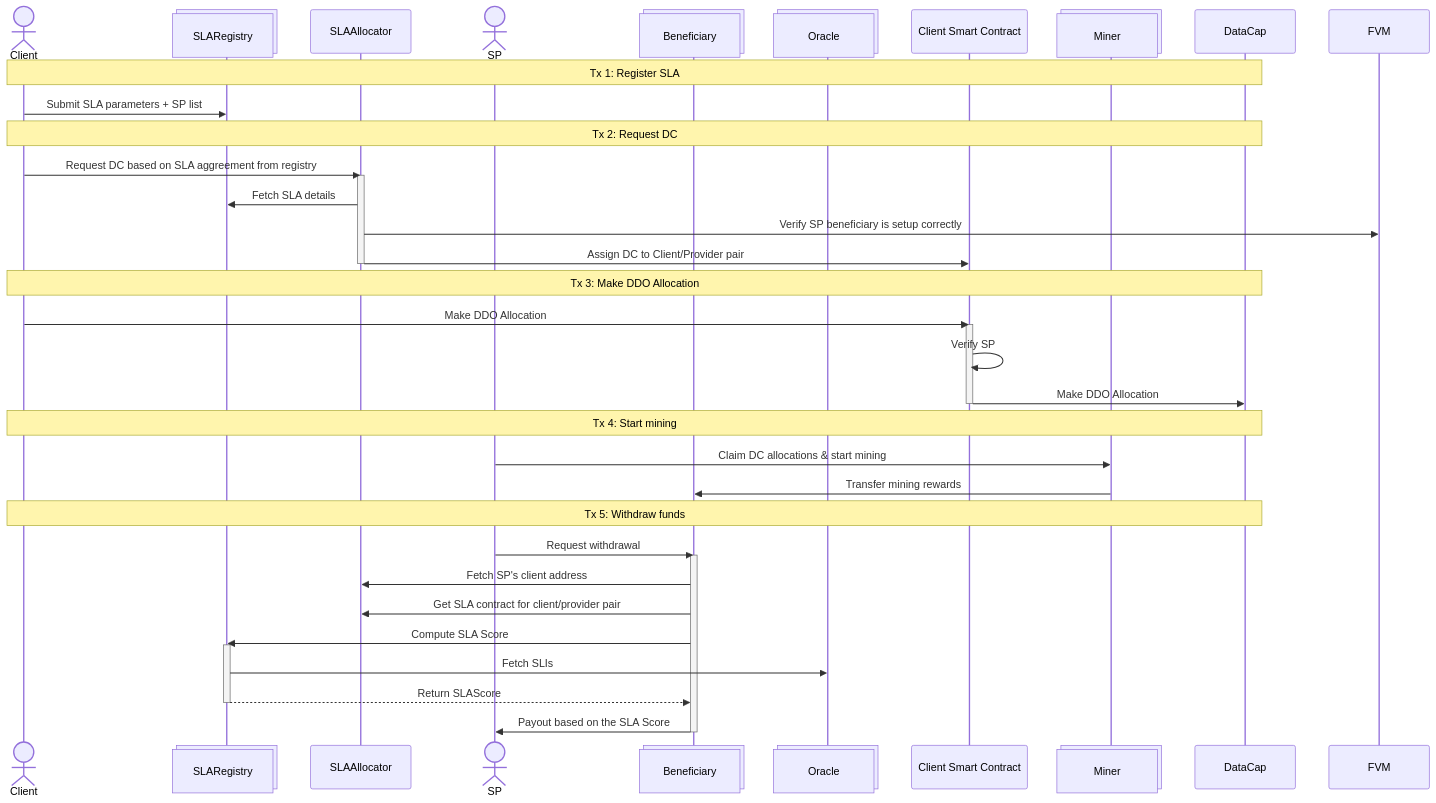
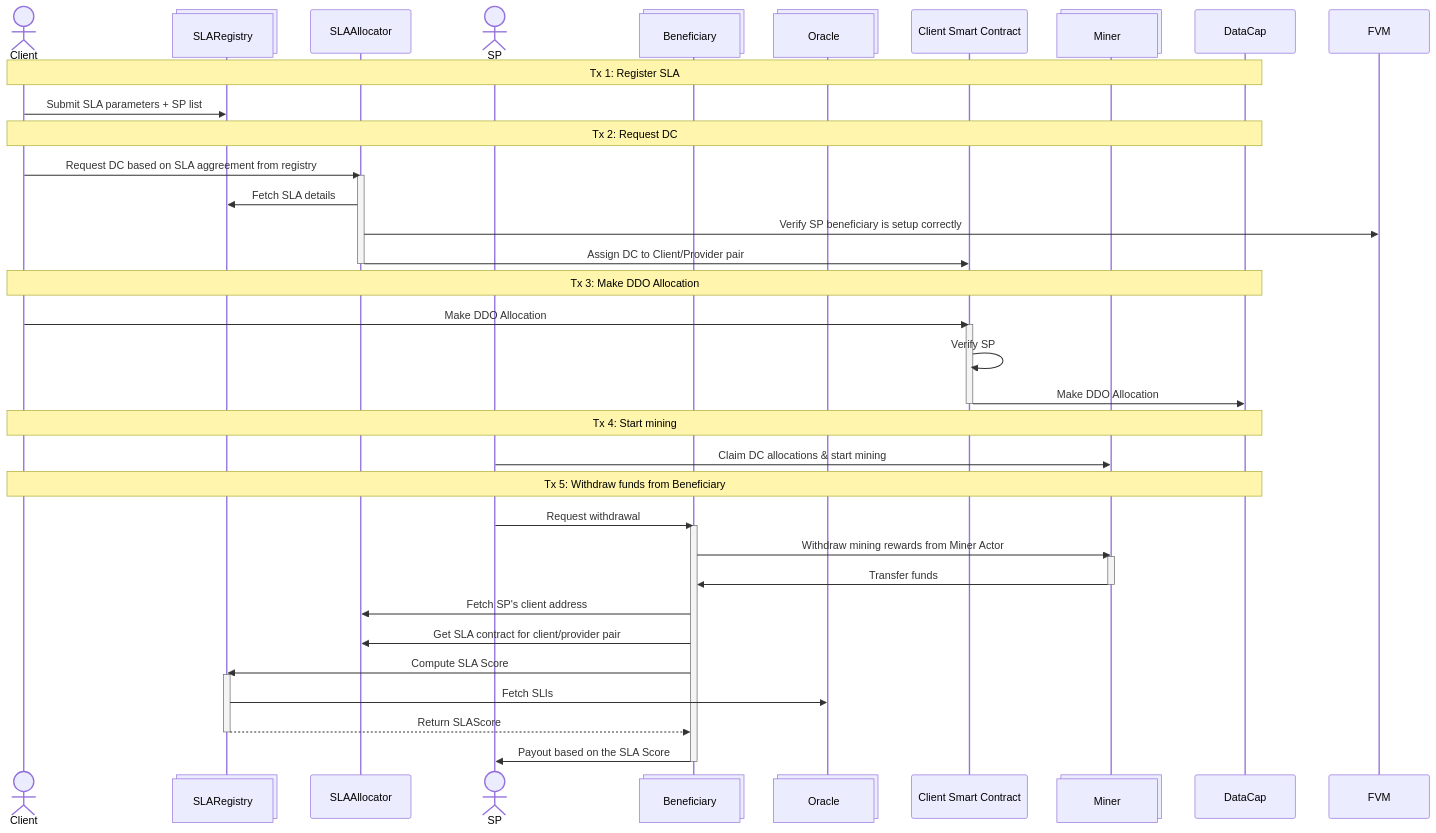
One commit to kacperzuk-neti/sla-allocator-contracts changed the first of 2 diagrams in README_single_client_per_sp.md. Above: the diagram before and after it, drawn with Mermaid.

Commit message:
Update withdrawal process details in README
Clarified withdrawal process for mining rewards in the README.

````diff
--- a/README_single_client_per_sp.md
+++ b/README_single_client_per_sp.md
@@ -190,49 +190,52 @@
 ```mermaid
 sequenceDiagram
   actor Client
   participant SLARegistry@{ "type" : "collections" }
   participant SLAAllocator
   actor SP
   participant Beneficiary@{ "type" : "collections" }
   participant Oracle@{ "type" : "collections" }
   participant ClientSC as Client Smart Contract
   participant Miner@{ "type" : "collections" }
 
 note over Client,DataCap: Tx 1: Register SLA
   Client->>SLARegistry: Submit SLA parameters + SP list
 
 note over Client,DataCap: Tx 2: Request DC
   Client->>SLAAllocator: Request DC based on SLA aggreement from registry
   activate SLAAllocator
   SLAAllocator->>SLARegistry: Fetch SLA details
 
   SLAAllocator->>FVM: Verify SP beneficiary is setup correctly
   SLAAllocator->>ClientSC: Assign DC to Client/Provider pair
   deactivate SLAAllocator
 
 note over Client,DataCap: Tx 3: Make DDO Allocation
   Client->>ClientSC: Make DDO Allocation
   activate ClientSC
   ClientSC->>ClientSC: Verify SP
   ClientSC->>DataCap: Make DDO Allocation
   deactivate ClientSC
 
 note over Client,DataCap: Tx 4: Start mining
   SP->>Miner: Claim DC allocations & start mining
-  Miner->>Beneficiary: Transfer mining rewards
-  
-note over Client,DataCap: Tx 5: Withdraw funds
+
+note over Client,DataCap: Tx 5: Withdraw funds from Beneficiary
   SP->>Beneficiary: Request withdrawal
   activate Beneficiary
+  Beneficiary->>Miner: Withdraw mining rewards from Miner Actor
+  activate Miner
+  Miner->>Beneficiary: Transfer funds
+  deactivate Miner
   
   Beneficiary->>SLAAllocator: Fetch SP's client address
   Beneficiary->>SLAAllocator: Get SLA contract for client/provider pair
   Beneficiary->>SLARegistry: Compute SLA Score
   activate SLARegistry
   SLARegistry->>Oracle: Fetch SLIs
   SLARegistry-->>Beneficiary: Return SLAScore
   deactivate SLARegistry
 
   Beneficiary->>SP: Payout based on the SLA Score
   deactivate Beneficiary
 ```
````
